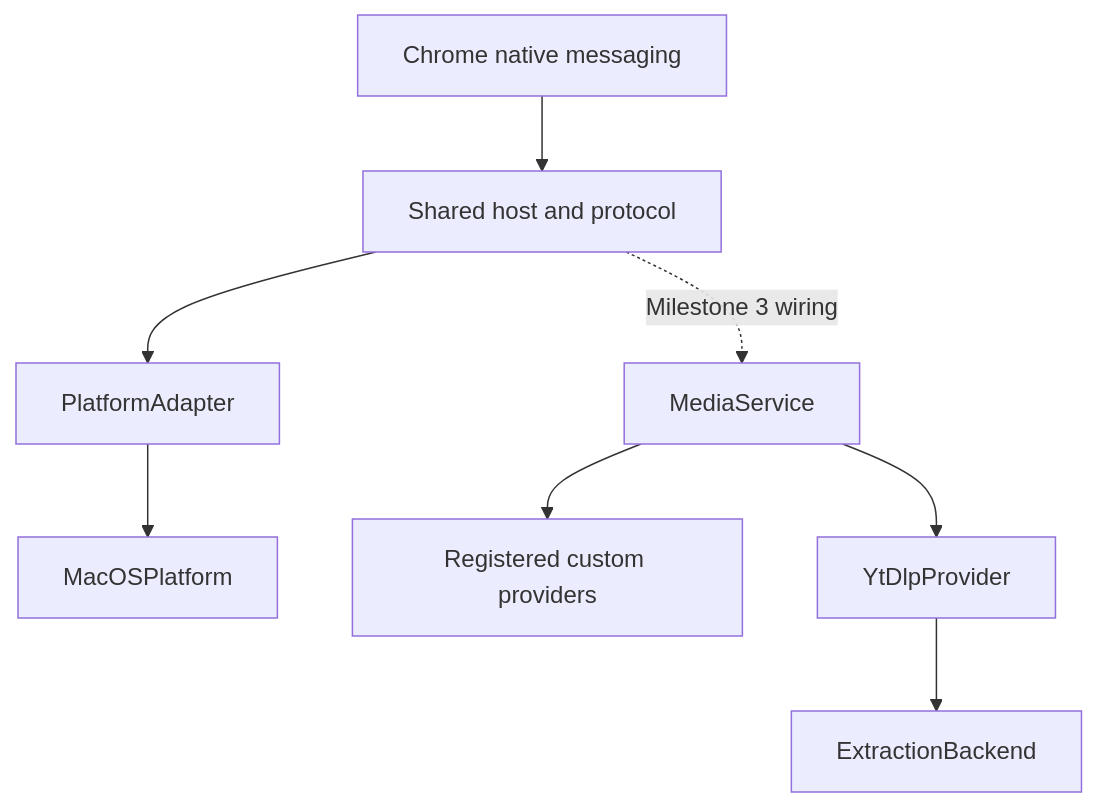
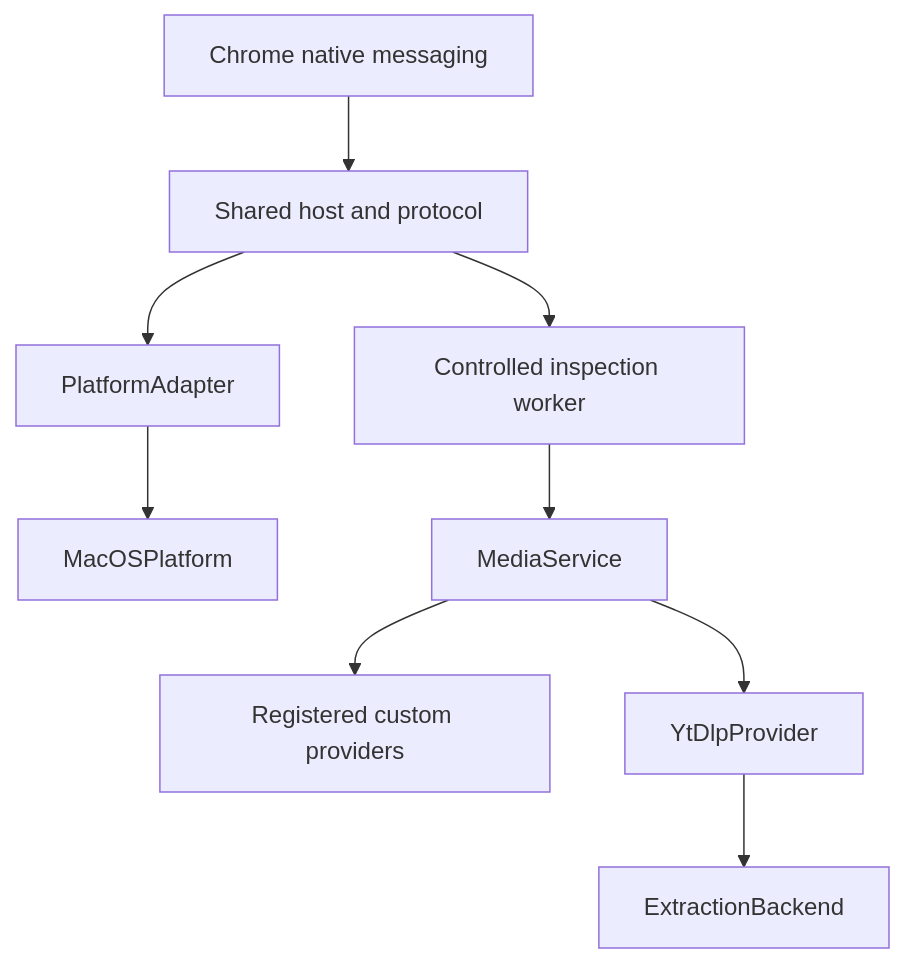
Before and after one commit to AliMirzad/flux: the diagram in docs/media-provider-adapters.md, drawn with Mermaid. The commit also changed other lines of this file and 22 other files, not shown here.

First line of the commit message:
Feat: Add guarded media inspection and format review

````diff
--- a/docs/media-provider-adapters.md
+++ b/docs/media-provider-adapters.md
@@ -5,10 +5,11 @@
 ```mermaid
 flowchart TD
     Chrome[Chrome native messaging] --> Host[Shared host and protocol]
     Host --> Platform[PlatformAdapter]
     Platform --> Mac[MacOSPlatform]
-    Host -. Milestone 3 wiring .-> Service[MediaService]
+    Host --> Worker[Controlled inspection worker]
+    Worker --> Service[MediaService]
     Service --> Custom[Registered custom providers]
     Service --> YtDlp[YtDlpProvider]
     YtDlp --> Backend[ExtractionBackend]
 ```
````
